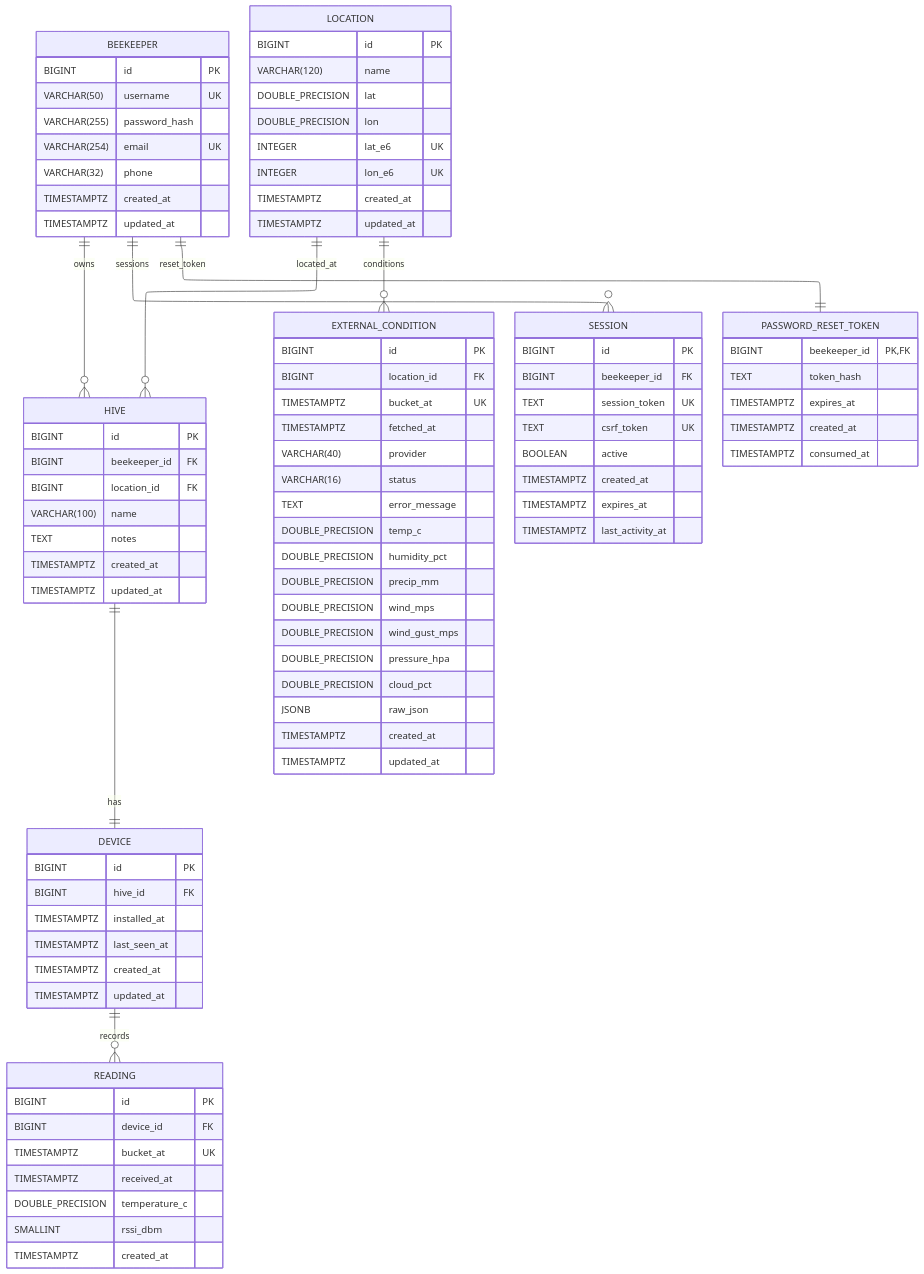
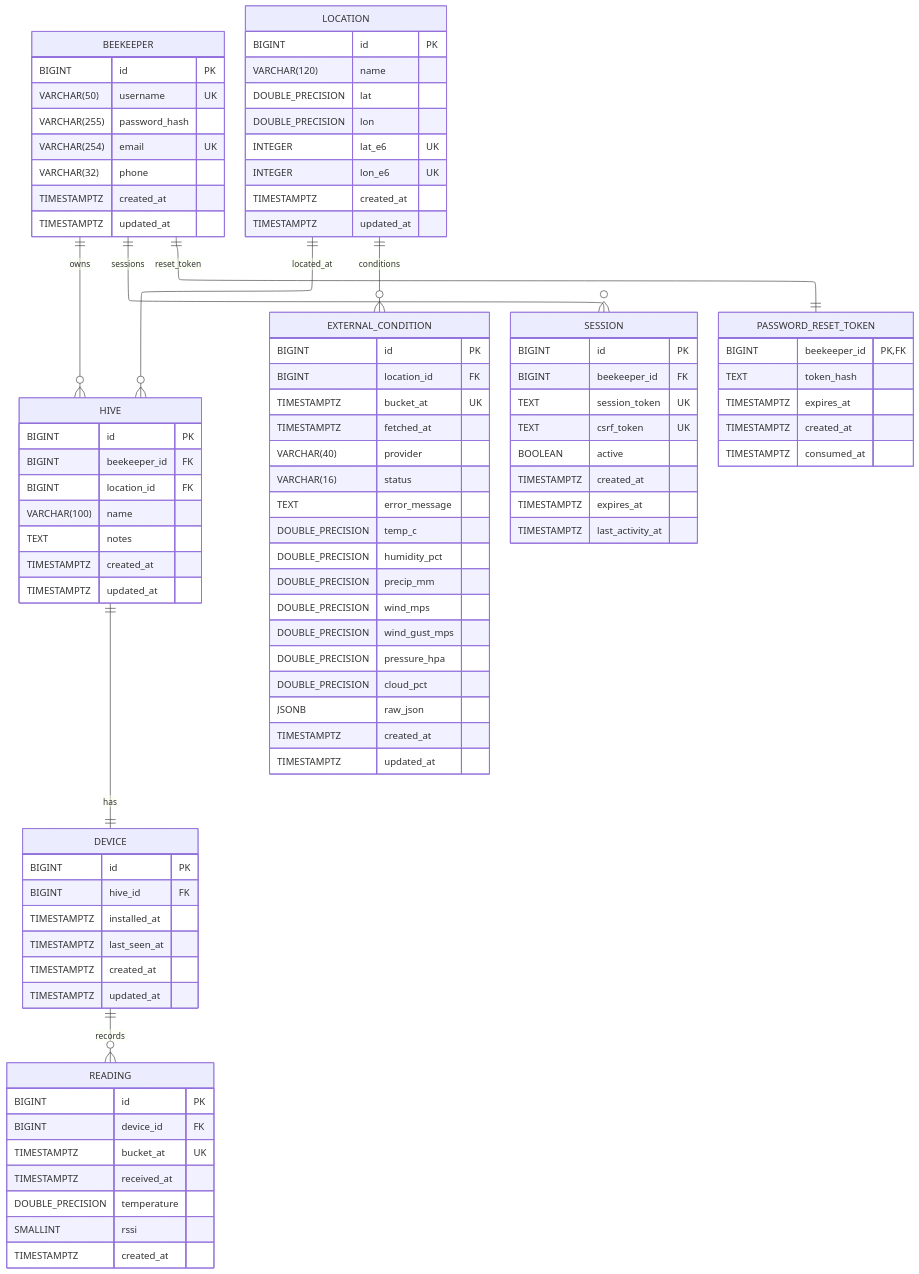
One commit to austinjclifton/Asheville changed the diagram in backend/docs/er_diagram.mmd. Above: the diagram before and after it, drawn with Mermaid. The commit also changed 6 other files, not shown here.

```diff
--- a/backend/docs/er_diagram.mmd
+++ b/backend/docs/er_diagram.mmd
@@ -1,102 +1,102 @@
 ---
 config:
   layout: elk
 ---
 erDiagram
 
   BEEKEEPER {
     BIGINT id PK
     VARCHAR(50) username UK
     VARCHAR(255) password_hash
     VARCHAR(254) email UK
     VARCHAR(32) phone
     TIMESTAMPTZ created_at
     TIMESTAMPTZ updated_at
   }
 
   LOCATION {
     BIGINT id PK
     VARCHAR(120) name
     DOUBLE_PRECISION lat
     DOUBLE_PRECISION lon
     INTEGER lat_e6 UK
     INTEGER lon_e6 UK
     TIMESTAMPTZ created_at
     TIMESTAMPTZ updated_at
   }
 
   HIVE {
     BIGINT id PK
     BIGINT beekeeper_id FK
     BIGINT location_id FK
     VARCHAR(100) name
     TEXT notes
     TIMESTAMPTZ created_at
     TIMESTAMPTZ updated_at
   }
 
   DEVICE {
     BIGINT id PK
     BIGINT hive_id FK
     TIMESTAMPTZ installed_at
     TIMESTAMPTZ last_seen_at
     TIMESTAMPTZ created_at
     TIMESTAMPTZ updated_at
   }
 
   READING {
     BIGINT id PK
     BIGINT device_id FK
     TIMESTAMPTZ bucket_at UK
     TIMESTAMPTZ received_at
-    DOUBLE_PRECISION temperature_c
-    SMALLINT rssi_dbm
+    DOUBLE_PRECISION temperature
+    SMALLINT rssi
     TIMESTAMPTZ created_at
   }
 
   EXTERNAL_CONDITION {
     BIGINT id PK
     BIGINT location_id FK
     TIMESTAMPTZ bucket_at UK
     TIMESTAMPTZ fetched_at
     VARCHAR(40) provider
     VARCHAR(16) status
     TEXT error_message
     DOUBLE_PRECISION temp_c
     DOUBLE_PRECISION humidity_pct
     DOUBLE_PRECISION precip_mm
     DOUBLE_PRECISION wind_mps
     DOUBLE_PRECISION wind_gust_mps
     DOUBLE_PRECISION pressure_hpa
     DOUBLE_PRECISION cloud_pct
     JSONB raw_json
     TIMESTAMPTZ created_at
     TIMESTAMPTZ updated_at
   }
 
   SESSION {
     BIGINT id PK
     BIGINT beekeeper_id FK
     TEXT session_token UK
     TEXT csrf_token UK
     BOOLEAN active
     TIMESTAMPTZ created_at
     TIMESTAMPTZ expires_at
     TIMESTAMPTZ last_activity_at
   }
 
   PASSWORD_RESET_TOKEN {
     BIGINT beekeeper_id PK, FK
     TEXT token_hash
     TIMESTAMPTZ expires_at
     TIMESTAMPTZ created_at
     TIMESTAMPTZ consumed_at
   }
 
   BEEKEEPER ||--o{ HIVE : owns
   LOCATION  ||--o{ HIVE : located_at
   HIVE      ||--|| DEVICE : has
   DEVICE    ||--o{ READING : records
   LOCATION  ||--o{ EXTERNAL_CONDITION : conditions
   BEEKEEPER ||--o{ SESSION : sessions
   BEEKEEPER ||--|| PASSWORD_RESET_TOKEN : reset_token
```
